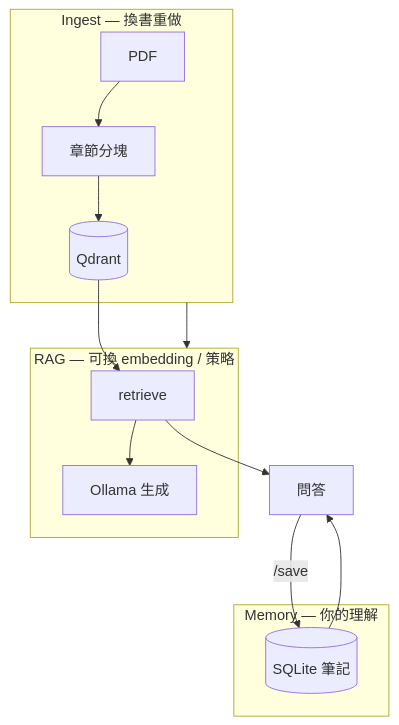
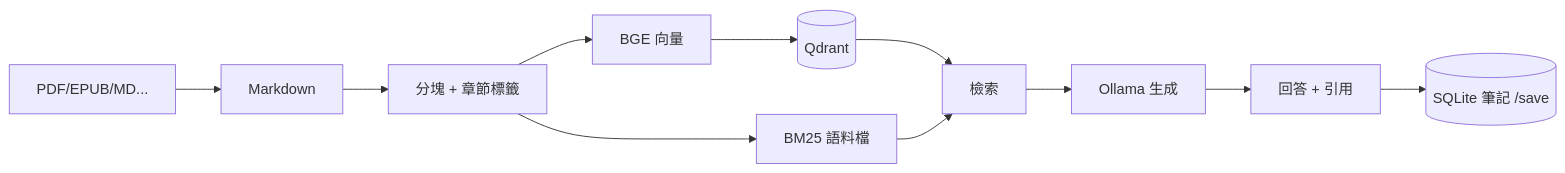
One commit to yu2C/book-spirit changed the diagram in README.md. Above: the diagram before and after it, drawn with Mermaid. The commit also changed other lines of this file and 16 other files, not shown here.

````diff
--- a/README.md
+++ b/README.md
@@ -19,17 +57,13 @@
 ```mermaid
-flowchart TB
-    subgraph ingest [Ingest — 換書重做]
-        PDF[PDF] --> Chunk[章節分塊] --> Qdrant[(Qdrant)]
-    end
-    subgraph rag [RAG — 可換 embedding / 策略]
-        Qdrant --> Retrieve[retrieve]
-        Retrieve --> Ollama[Ollama 生成]
-    end
-    subgraph memory [Memory — 你的理解]
-        SQLite[(SQLite 筆記)]
-    end
-    ingest --> rag
-    SQLite --> Chat[問答]
-    Retrieve --> Chat
-    Chat -->|/save| SQLite
+flowchart LR
+    Src[PDF/EPUB/MD...] --> MD[Markdown]
+    MD --> Chunk[分塊 + 章節標籤]
+    Chunk --> Embed[BGE 向量]
+    Embed --> Qdrant[(Qdrant)]
+    Chunk --> BM25[BM25 語料檔]
+    Qdrant --> Retrieve[檢索]
+    BM25 --> Retrieve
+    Retrieve --> LLM[Ollama 生成]
+    LLM --> Answer[回答 + 引用]
+    Answer --> SQLite[(SQLite 筆記 /save)]
 ```
````
